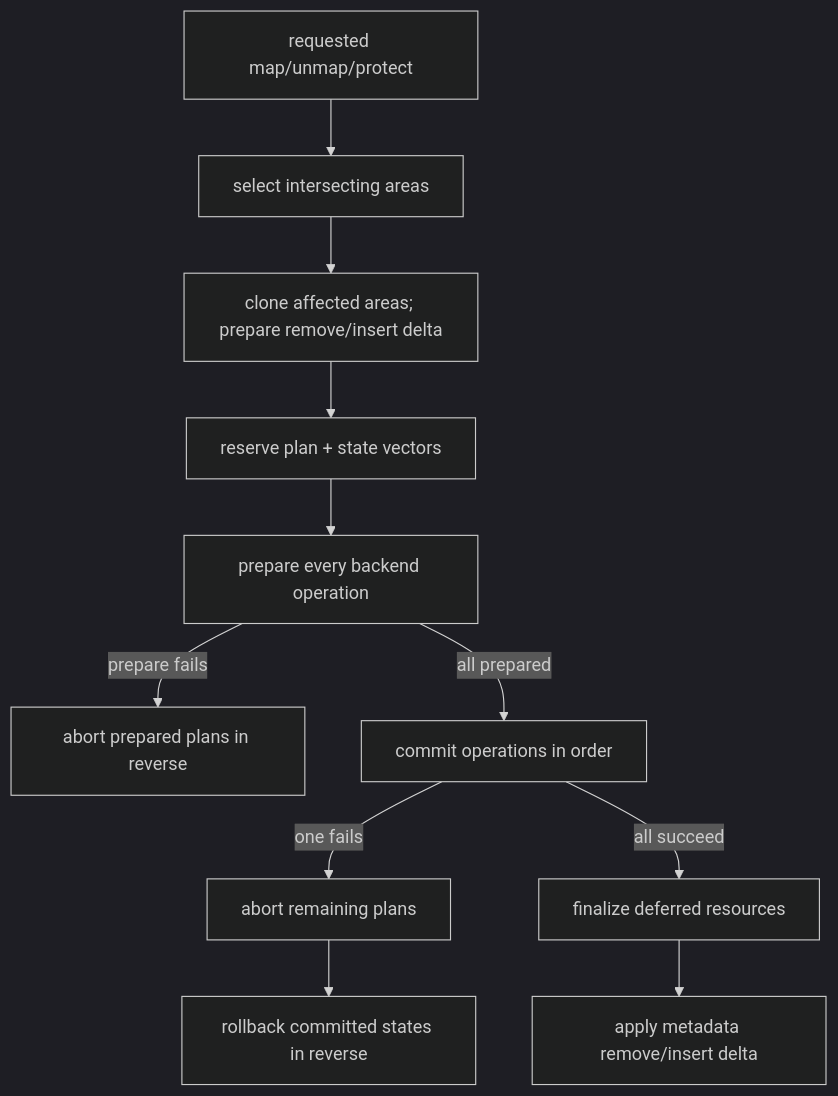
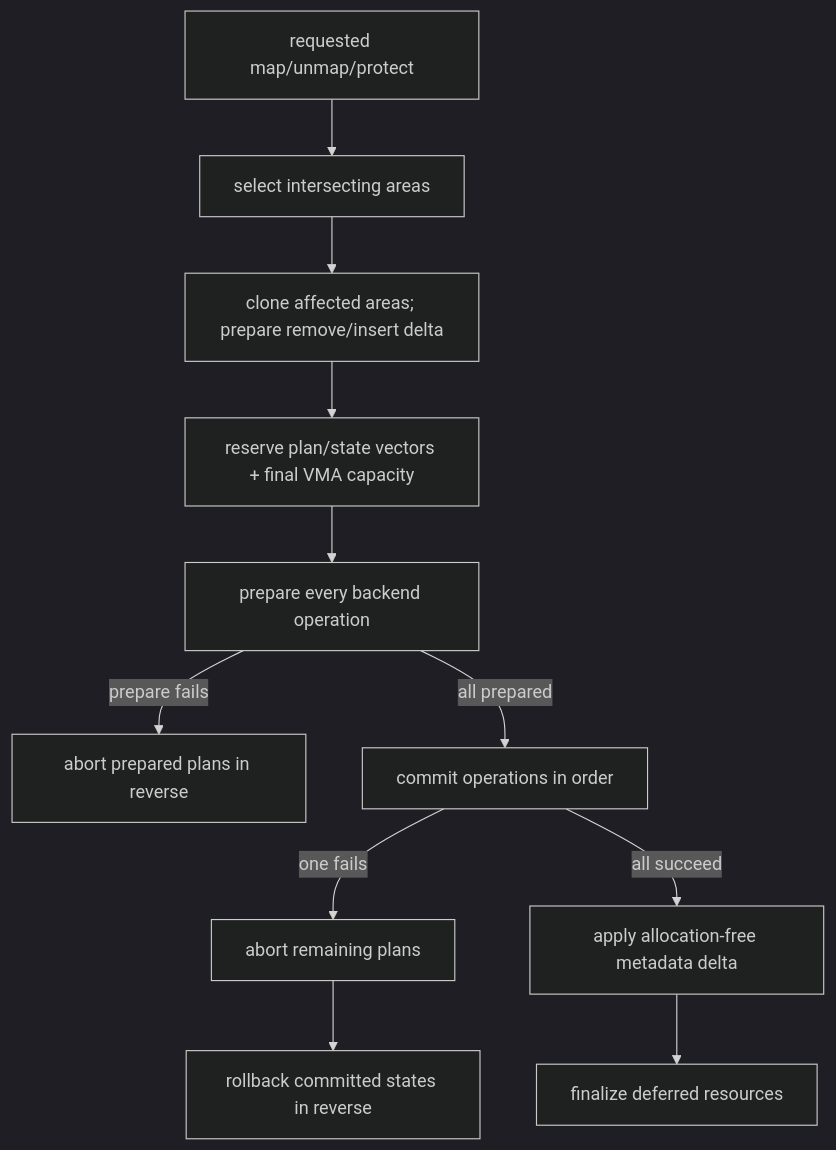
One commit to rcore-os/tgoskits changed the diagram in docs/docs/architecture/memory/address-space.md. Above: the diagram before and after it, drawn with Mermaid (dark theme). The commit also changed other lines of this file and 10 other files, not shown here.

````diff
--- a/docs/docs/architecture/memory/address-space.md
+++ b/docs/docs/architecture/memory/address-space.md
@@ -93,13 +93,13 @@
 ```mermaid
 flowchart TB
     Input["requested map/unmap/protect"] --> Select["select intersecting areas"]
     Select --> PlanMeta["clone affected areas; prepare remove/insert delta"]
-    PlanMeta --> Reserve["reserve plan + state vectors"]
+    PlanMeta --> Reserve["reserve plan/state vectors + final VMA capacity"]
     Reserve --> Prepare["prepare every backend operation"]
     Prepare -->|"prepare fails"| Abort["abort prepared plans in reverse"]
     Prepare -->|"all prepared"| Commit["commit operations in order"]
     Commit -->|"one fails"| AbortRest["abort remaining plans"]
     AbortRest --> Rollback["rollback committed states in reverse"]
-    Commit -->|"all succeed"| Finalize["finalize deferred resources"]
-    Finalize --> Publish["apply metadata remove/insert delta"]
+    Commit -->|"all succeed"| Publish["apply allocation-free metadata delta"]
+    Publish --> Finalize["finalize deferred resources"]
 ```
````
